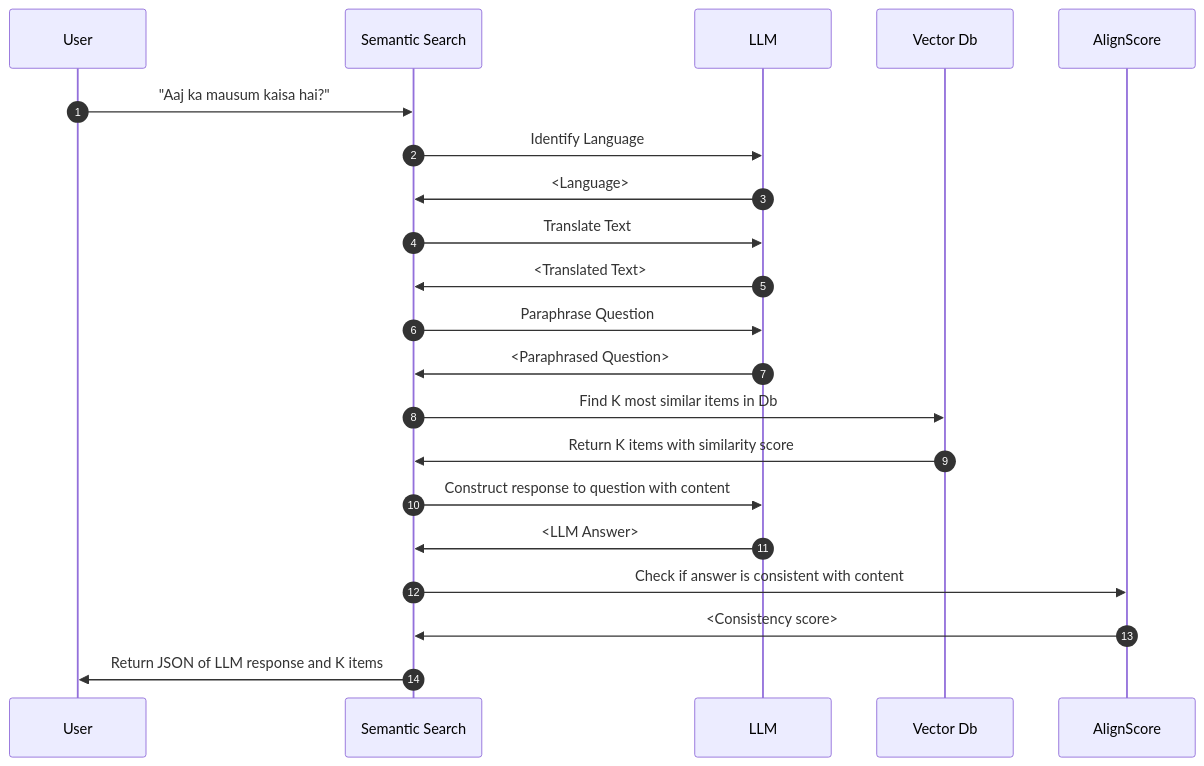
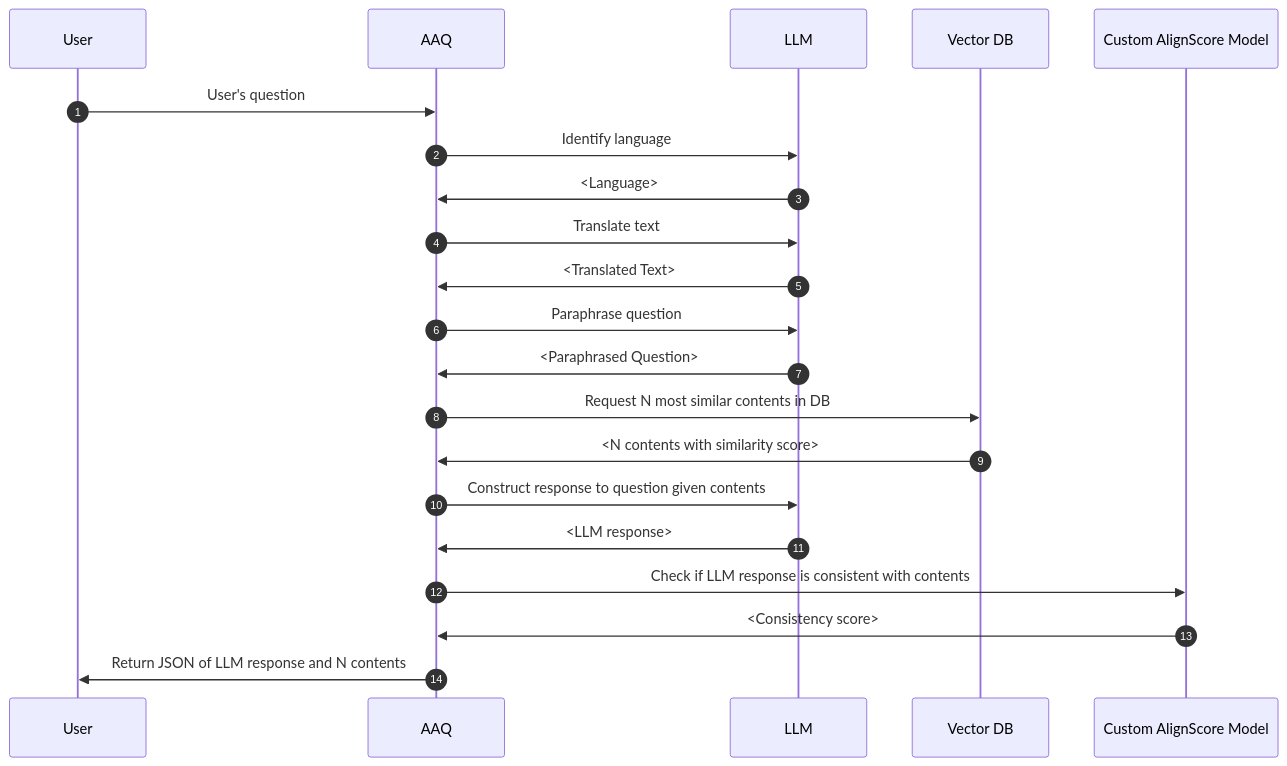
One commit to IDinsight/ask-a-question changed the second of 2 diagrams in docs/components/qa-service/llm-response.md. Above: the diagram before and after it, drawn with Mermaid. The commit also changed other lines of this file and 1 other file, not shown here.

First line of the commit message:
HOTFIX: Mermaid sequence diagrams (#202)

````diff
--- a/docs/components/qa-service/llm-response.md
+++ b/docs/components/qa-service/llm-response.md
@@ -39,19 +41,19 @@
 ``` mermaid
 sequenceDiagram
   autonumber
-  User->>Semantic Search: "Aaj ka mausum kaisa hai?"
-  Semantic Search->>LLM: Identify Language
-  LLM->>Semantic Search: <Language>
-  Semantic Search->>LLM: Translate Text
-  LLM->>Semantic Search: <Translated Text>
-  Semantic Search->>LLM: Paraphrase Question
-  LLM->>Semantic Search: <Paraphrased Question>
-  Semantic Search->>Vector Db: Find K most similar items in Db
-  Vector Db->>Semantic Search: Return K items with similarity score
-  Semantic Search->>LLM: Construct response to question with content
-  LLM->>Semantic Search: <LLM Answer>
-  Semantic Search->>AlignScore: Check if answer is consistent with content
-  AlignScore->>Semantic Search: <Consistency score>
-  Semantic Search->>User: Return JSON of LLM response and K items
+  User->>AAQ: User's question
+  AAQ->>LLM: Identify language
+  LLM->>AAQ: <Language>
+  AAQ->>LLM: Translate text
+  LLM->>AAQ: <Translated Text>
+  AAQ->>LLM: Paraphrase question
+  LLM->>AAQ: <Paraphrased Question>
+  AAQ->>Vector DB: Request N most similar contents in DB
+  Vector DB->>AAQ: <N contents with similarity score>
+  AAQ->>LLM: Construct response to question given contents
+  LLM->>AAQ: <LLM response>
+  AAQ->>Custom AlignScore Model: Check if LLM response is consistent with contents
+  Custom AlignScore Model ->>AAQ: <Consistency score>
+  AAQ->>User: Return JSON of LLM response and N contents
 
 ```
````
